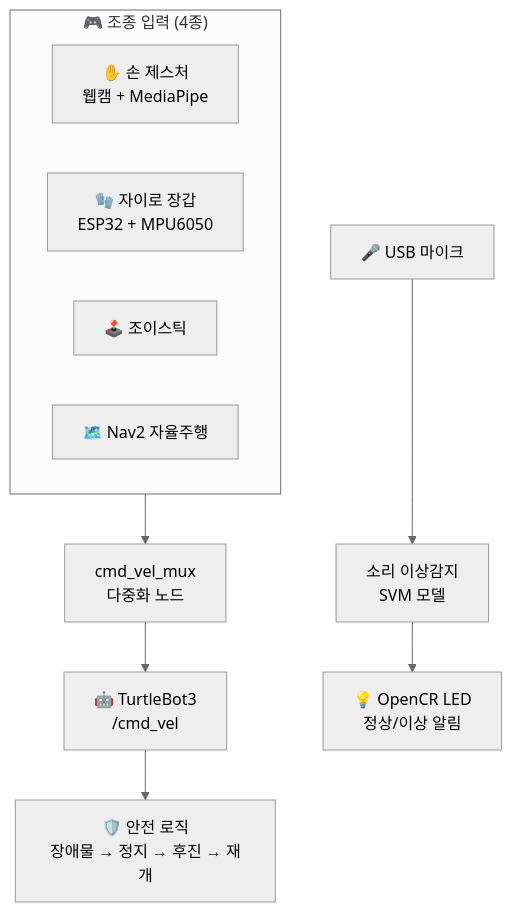
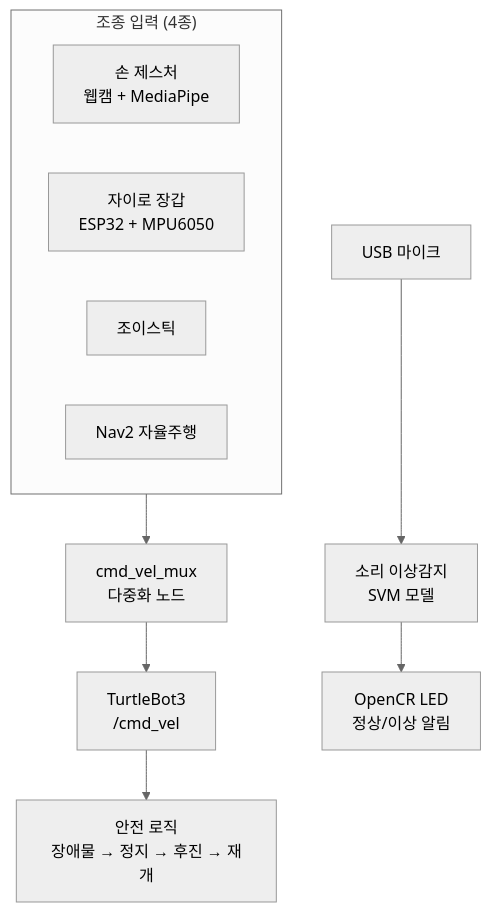
The third of 3 diagrams in README.md (kakabab12/My_portfolio), drawn with Mermaid (neutral theme) before and after one commit. The commit also changed other lines of this file and 13 other files, not shown here.

````diff
--- a/README.md
+++ b/README.md
@@ -300,14 +294,14 @@
 ```mermaid
 flowchart TD
-    subgraph 입력["🎮 조종 입력 (4종)"]
-        G1["✋ 손 제스처<br/>웹캠 + MediaPipe"]
-        G2["🧤 자이로 장갑<br/>ESP32 + MPU6050"]
-        G3["🕹️ 조이스틱"]
-        G4["🗺️ Nav2 자율주행"]
+    subgraph IN["조종 입력 (4종)"]
+        G1["손 제스처<br/>웹캠 + MediaPipe"]
+        G2["자이로 장갑<br/>ESP32 + MPU6050"]
+        G3["조이스틱"]
+        G4["Nav2 자율주행"]
     end
-    입력 --> MUX["cmd_vel_mux<br/>다중화 노드"]
-    MUX --> BOT["🤖 TurtleBot3<br/>/cmd_vel"]
-    MIC["🎤 USB 마이크"] --> SVM["소리 이상감지<br/>SVM 모델"]
-    SVM --> LED["💡 OpenCR LED<br/>정상/이상 알림"]
-    BOT --> SAFE["🛡️ 안전 로직<br/>장애물 → 정지 → 후진 → 재개"]
+    IN --> MUX["cmd_vel_mux<br/>다중화 노드"]
+    MUX --> BOT["TurtleBot3<br/>/cmd_vel"]
+    MIC["USB 마이크"] --> SVM["소리 이상감지<br/>SVM 모델"]
+    SVM --> LED["OpenCR LED<br/>정상/이상 알림"]
+    BOT --> SAFE["안전 로직<br/>장애물 → 정지 → 후진 → 재개"]
 ```
````
